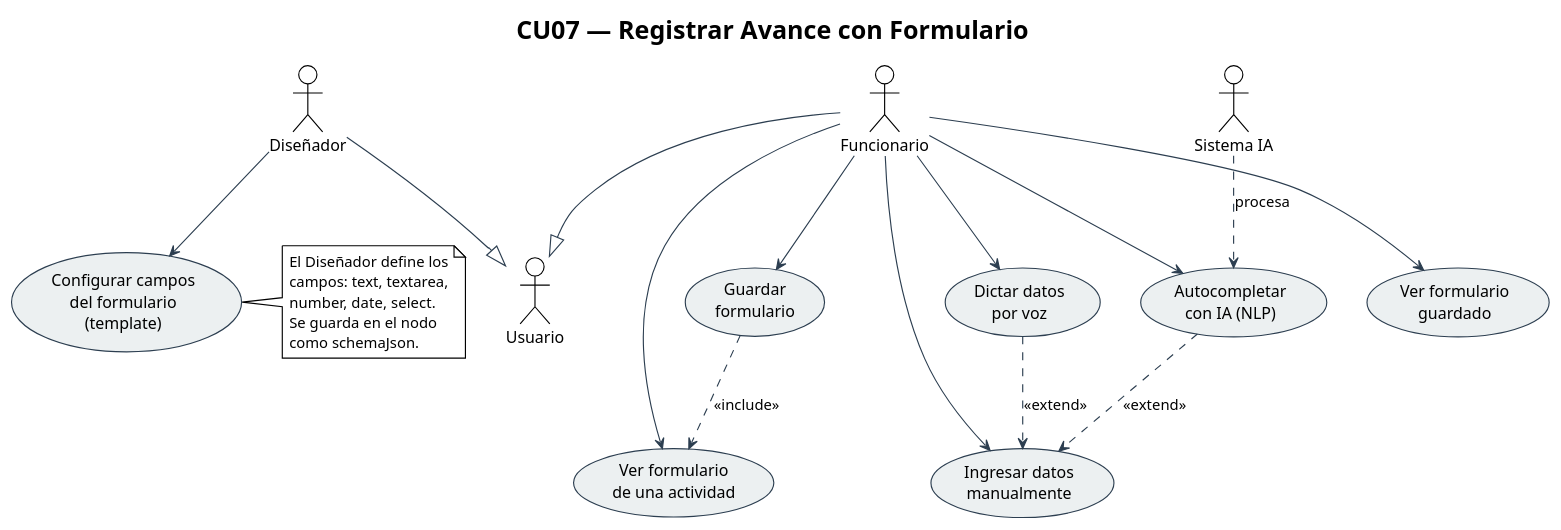
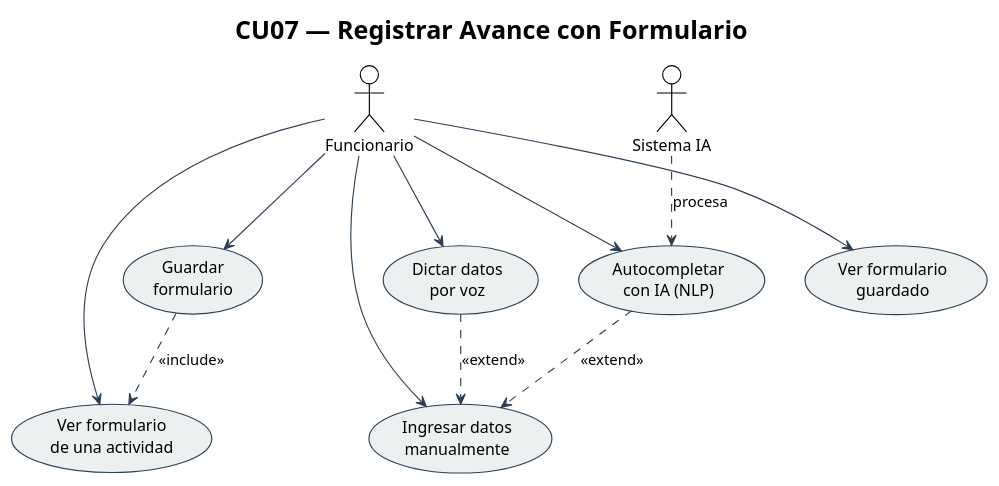
Before and after one commit to luisfernandoAngulo28/Examen1SW1: the diagram in docs/uml/cu07_formulario_actividad.puml, drawn with PlantUML. The commit also changed 61 other files, not shown here.

Commit message:
docs+feat: commit all documentation, UML diagrams, ai-service routes, mobile app updates

```diff
--- a/docs/uml/cu07_formulario_actividad.puml
+++ b/docs/uml/cu07_formulario_actividad.puml
@@ -1,51 +1,39 @@
 @startuml CU07_Formulario_Actividad
 !theme plain
 skinparam actorStyle default
 skinparam usecaseBorderColor #2C3E50
 skinparam usecaseBackgroundColor #ECF0F1
 skinparam arrowColor #2C3E50
 
 title CU07 — Registrar Avance con Formulario
 
 ' ── Actores ──
 actor "Funcionario" as OFFICER
-actor "Diseñador"   as DESIGNER
-actor "Usuario"     as USER
 actor "Sistema IA"  as AI
 
-OFFICER  --|> USER
-DESIGNER --|> USER
+
 
 ' ── Casos de uso ──
-usecase "Configurar campos\ndel formulario\n(template)"    as UC_TPL
 usecase "Ver formulario\nde una actividad"                 as UC_VIEW
 usecase "Ingresar datos\nmanualmente"                      as UC_MANUAL
 usecase "Dictar datos\npor voz"                            as UC_VOICE
 usecase "Autocompletar\ncon IA (NLP)"                      as UC_NLP
 usecase "Guardar\nformulario"                              as UC_SAVE
 usecase "Ver formulario\nguardado"                         as UC_READ
 
 ' ── Relaciones ──
-DESIGNER --> UC_TPL
 OFFICER  --> UC_VIEW
 OFFICER  --> UC_MANUAL
 OFFICER  --> UC_VOICE
 OFFICER  --> UC_NLP
 OFFICER  --> UC_SAVE
 OFFICER  --> UC_READ
 
 UC_VOICE  ..> UC_MANUAL : <<extend>>
 UC_NLP    ..> UC_MANUAL : <<extend>>
 UC_SAVE   ..> UC_VIEW   : <<include>>
 
 AI ..> UC_NLP : procesa
 
-note right of UC_TPL
-  El Diseñador define los
-  campos: text, textarea,
-  number, date, select.
-  Se guarda en el nodo
-  como schemaJson.
-end note
 
 @enduml
```
